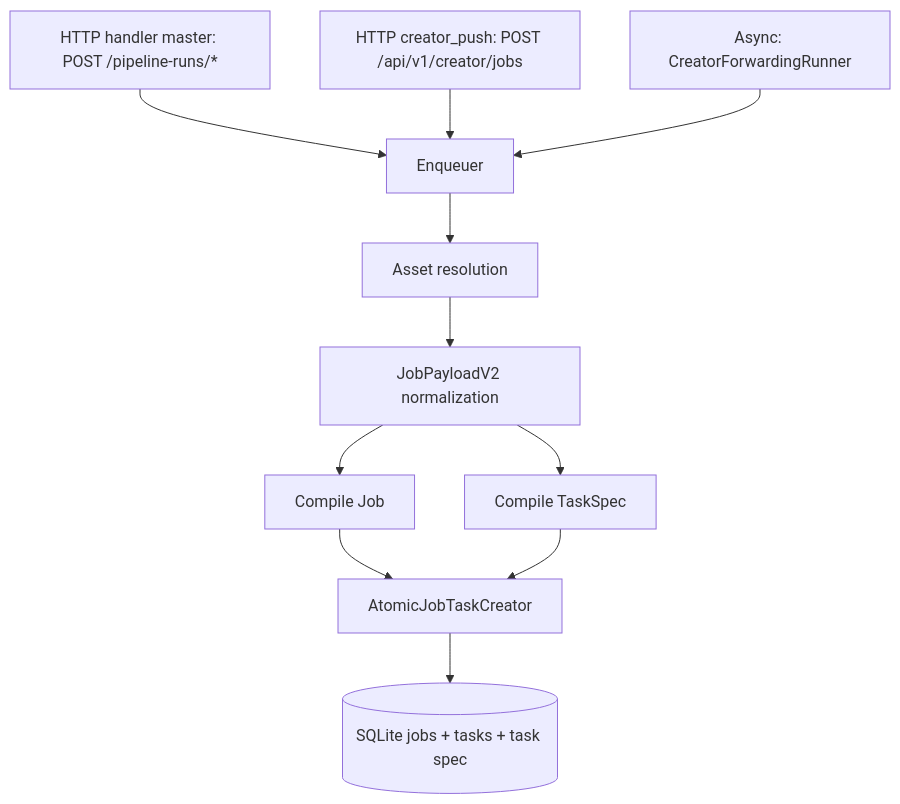
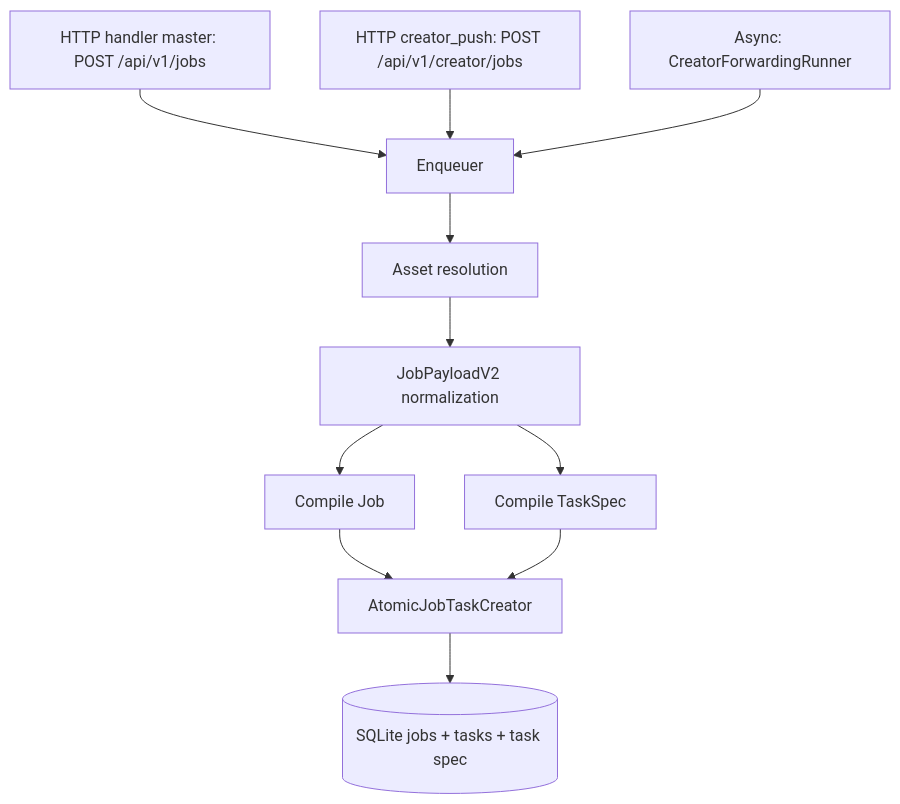
Before and after one commit to Marcuss-ops/VeloxEditiingg: the first of 3 diagrams in docs/architecture/current-architecture.md, drawn with Mermaid. The commit also changed other lines of this file and 4 other files, not shown here.

Commit message:
remove legacy pipeline-run HTTP routes

````diff
--- a/docs/architecture/current-architecture.md
+++ b/docs/architecture/current-architecture.md
@@ -129,13 +129,13 @@
 ```mermaid
 flowchart TD
-    A1[HTTP handler master: POST /pipeline-runs/*] --> B[Enqueuer]
+    A1[HTTP handler master: POST /api/v1/jobs] --> B[Enqueuer]
     A2[HTTP creator_push: POST /api/v1/creator/jobs] --> B
     A3[Async: CreatorForwardingRunner] --> B
     B --> C[Asset resolution]
     C --> D[JobPayloadV2 normalization]
     D --> E[Compile Job]
     D --> F[Compile TaskSpec]
     E --> G[AtomicJobTaskCreator]
     F --> G
     G --> H[(SQLite jobs + tasks + task spec)]
 ```
````
